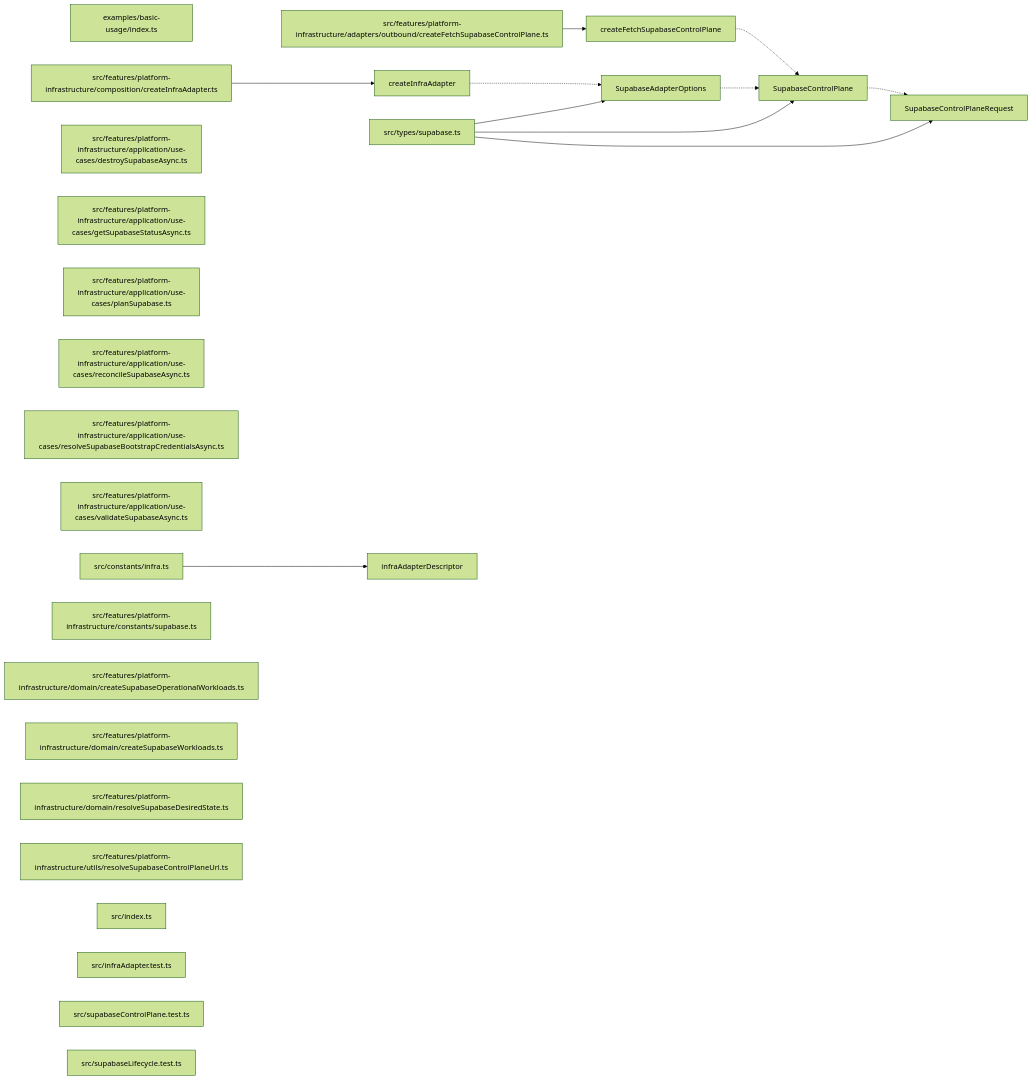
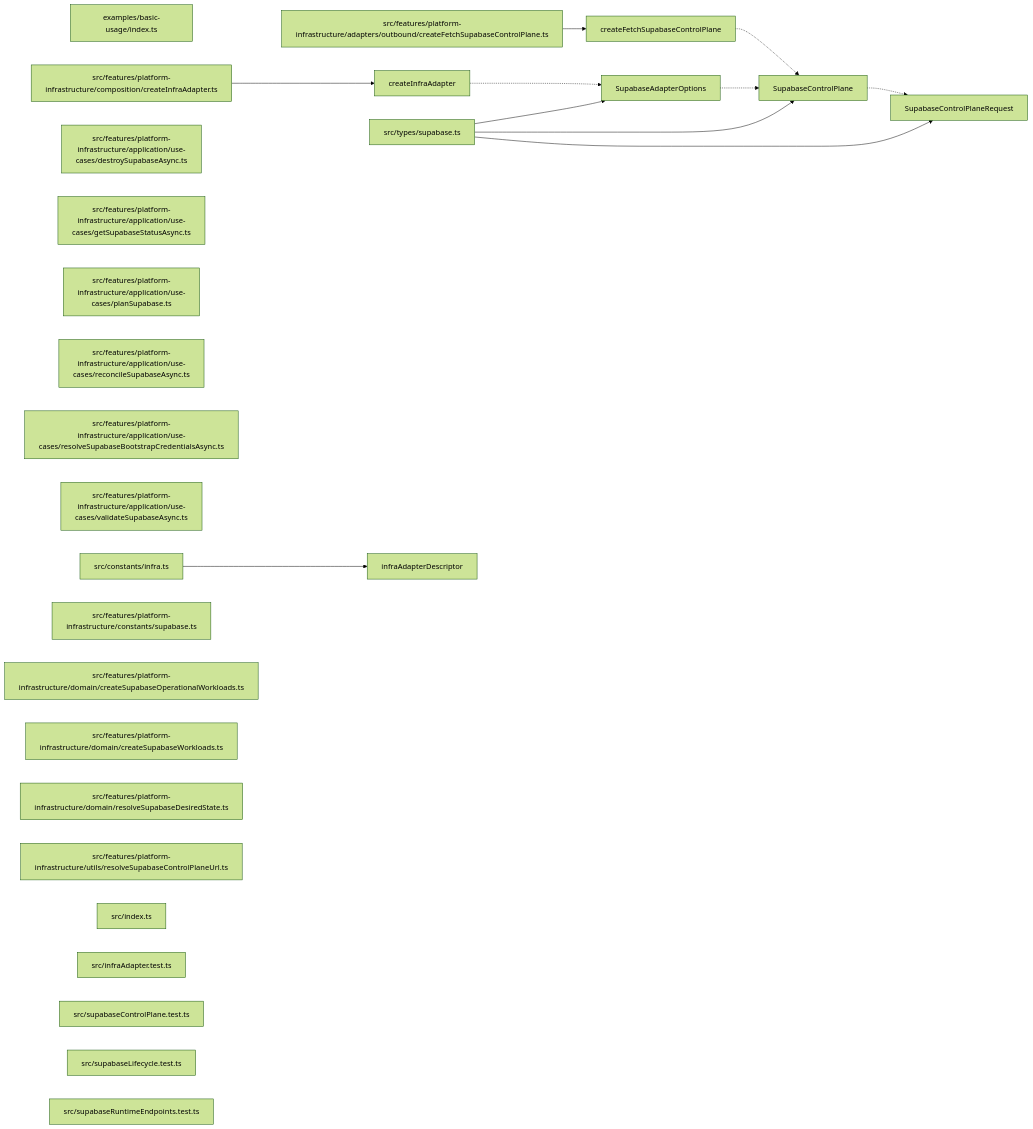
One commit to ankhorage/supabase changed the diagram in paradox/diagrams/export-graph.mmd. Above: the diagram before and after it, drawn with Mermaid (forest theme). The commit also changed 9 other files, not shown here.

```diff
--- a/paradox/diagrams/export-graph.mmd
+++ b/paradox/diagrams/export-graph.mmd
@@ -1,37 +1,38 @@
 graph LR
   module_examples_basic_usage_index_ts["examples/basic-usage/index.ts"]
   module_src_constants_infra_ts["src/constants/infra.ts"]
   module_src_features_platform_infrastructure_adapters_outbound_createFetchSupabaseControlPlane_ts["src/features/platform-infrastructure/adapters/outbound/createFetchSupabaseControlPlane.ts"]
   module_src_features_platform_infrastructure_application_use_cases_destroySupabaseAsync_ts["src/features/platform-infrastructure/application/use-cases/destroySupabaseAsync.ts"]
   module_src_features_platform_infrastructure_application_use_cases_getSupabaseStatusAsync_ts["src/features/platform-infrastructure/application/use-cases/getSupabaseStatusAsync.ts"]
   module_src_features_platform_infrastructure_application_use_cases_planSupabase_ts["src/features/platform-infrastructure/application/use-cases/planSupabase.ts"]
   module_src_features_platform_infrastructure_application_use_cases_reconcileSupabaseAsync_ts["src/features/platform-infrastructure/application/use-cases/reconcileSupabaseAsync.ts"]
   module_src_features_platform_infrastructure_application_use_cases_resolveSupabaseBootstrapCredentialsAsync_ts["src/features/platform-infrastructure/application/use-cases/resolveSupabaseBootstrapCredentialsAsync.ts"]
   module_src_features_platform_infrastructure_application_use_cases_validateSupabaseAsync_ts["src/features/platform-infrastructure/application/use-cases/validateSupabaseAsync.ts"]
   module_src_features_platform_infrastructure_composition_createInfraAdapter_ts["src/features/platform-infrastructure/composition/createInfraAdapter.ts"]
   module_src_features_platform_infrastructure_constants_supabase_ts["src/features/platform-infrastructure/constants/supabase.ts"]
   module_src_features_platform_infrastructure_domain_createSupabaseOperationalWorkloads_ts["src/features/platform-infrastructure/domain/createSupabaseOperationalWorkloads.ts"]
   module_src_features_platform_infrastructure_domain_createSupabaseWorkloads_ts["src/features/platform-infrastructure/domain/createSupabaseWorkloads.ts"]
   module_src_features_platform_infrastructure_domain_resolveSupabaseDesiredState_ts["src/features/platform-infrastructure/domain/resolveSupabaseDesiredState.ts"]
   module_src_features_platform_infrastructure_utils_resolveSupabaseControlPlaneUrl_ts["src/features/platform-infrastructure/utils/resolveSupabaseControlPlaneUrl.ts"]
   module_src_index_ts["src/index.ts"]
   module_src_infraAdapter_test_ts["src/infraAdapter.test.ts"]
   module_src_supabaseControlPlane_test_ts["src/supabaseControlPlane.test.ts"]
   module_src_supabaseLifecycle_test_ts["src/supabaseLifecycle.test.ts"]
+  module_src_supabaseRuntimeEndpoints_test_ts["src/supabaseRuntimeEndpoints.test.ts"]
   module_src_types_supabase_ts["src/types/supabase.ts"]
   export_createFetchSupabaseControlPlane["createFetchSupabaseControlPlane"]
   module_src_features_platform_infrastructure_adapters_outbound_createFetchSupabaseControlPlane_ts --> export_createFetchSupabaseControlPlane
   export_createFetchSupabaseControlPlane -.-> export_SupabaseControlPlane
   export_createInfraAdapter["createInfraAdapter"]
   module_src_features_platform_infrastructure_composition_createInfraAdapter_ts --> export_createInfraAdapter
   export_createInfraAdapter -.-> export_SupabaseAdapterOptions
   export_infraAdapterDescriptor["infraAdapterDescriptor"]
   module_src_constants_infra_ts --> export_infraAdapterDescriptor
   export_SupabaseAdapterOptions["SupabaseAdapterOptions"]
   module_src_types_supabase_ts --> export_SupabaseAdapterOptions
   export_SupabaseAdapterOptions -.-> export_SupabaseControlPlane
   export_SupabaseControlPlane["SupabaseControlPlane"]
   module_src_types_supabase_ts --> export_SupabaseControlPlane
   export_SupabaseControlPlane -.-> export_SupabaseControlPlaneRequest
   export_SupabaseControlPlaneRequest["SupabaseControlPlaneRequest"]
   module_src_types_supabase_ts --> export_SupabaseControlPlaneRequest
```
